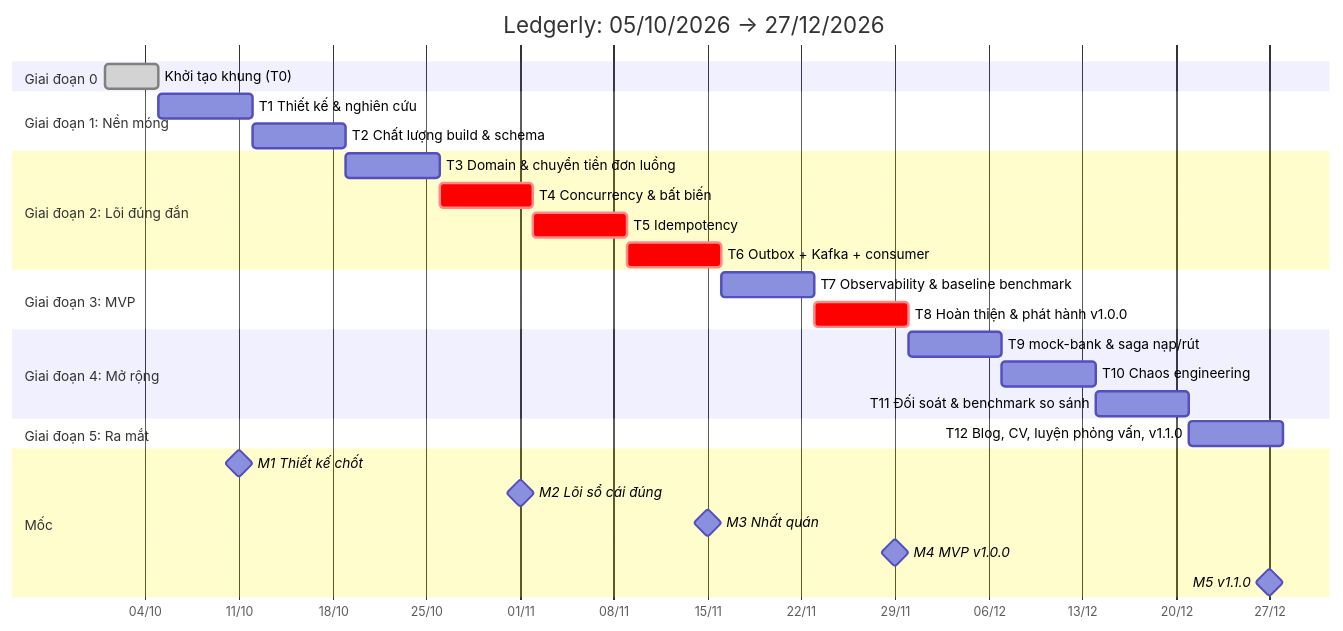
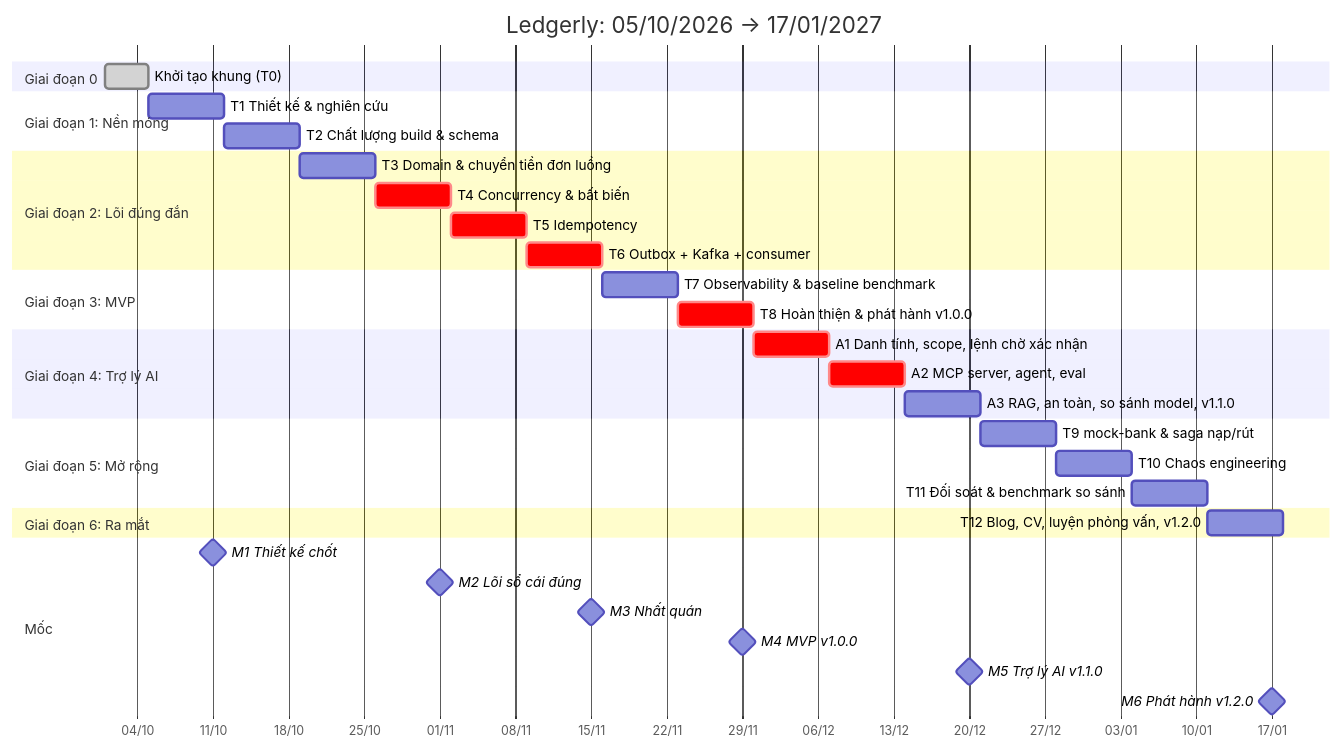
The diagram in docs/03-lo-trinh.md (HoangThanhMan/ledgerly), drawn with Mermaid before and after one commit. The commit also changed other lines of this file and 18 other files, not shown here.

````diff
--- a/docs/03-lo-trinh.md
+++ b/docs/03-lo-trinh.md
@@ -7,38 +9,44 @@
 ```mermaid
 gantt
-    title Ledgerly: 05/10/2026 → 27/12/2026
+    title Ledgerly: 05/10/2026 → 17/01/2027
     dateFormat YYYY-MM-DD
     axisFormat %d/%m
 
     section Giai đoạn 0
     Khởi tạo khung (T0)                    :done,    t0, 2026-10-01, 4d
 
     section Giai đoạn 1: Nền móng
     T1 Thiết kế & nghiên cứu               :         t1, 2026-10-05, 7d
     T2 Chất lượng build & schema           :         t2, after t1, 7d
 
     section Giai đoạn 2: Lõi đúng đắn
     T3 Domain & chuyển tiền đơn luồng      :         t3, after t2, 7d
     T4 Concurrency & bất biến              :crit,    t4, after t3, 7d
     T5 Idempotency                         :crit,    t5, after t4, 7d
     T6 Outbox + Kafka + consumer           :crit,    t6, after t5, 7d
 
     section Giai đoạn 3: MVP
     T7 Observability & baseline benchmark  :         t7, after t6, 7d
     T8 Hoàn thiện & phát hành v1.0.0       :crit,    t8, after t7, 7d
 
-    section Giai đoạn 4: Mở rộng
-    T9 mock-bank & saga nạp/rút            :         t9, after t8, 7d
+    section Giai đoạn 4: Trợ lý AI
+    A1 Danh tính, scope, lệnh chờ xác nhận :crit,    a1, after t8, 7d
+    A2 MCP server, agent, eval             :crit,    a2, after a1, 7d
+    A3 RAG, an toàn, so sánh model, v1.1.0 :         a3, after a2, 7d
+
+    section Giai đoạn 5: Mở rộng
+    T9 mock-bank & saga nạp/rút            :         t9, after a3, 7d
     T10 Chaos engineering                  :         t10, after t9, 7d
     T11 Đối soát & benchmark so sánh       :         t11, after t10, 7d
 
-    section Giai đoạn 5: Ra mắt
-    T12 Blog, CV, luyện phỏng vấn, v1.1.0  :         t12, after t11, 7d
+    section Giai đoạn 6: Ra mắt
+    T12 Blog, CV, luyện phỏng vấn, v1.2.0  :         t12, after t11, 7d
 
     section Mốc
     M1 Thiết kế chốt                       :milestone, m1, 2026-10-11, 0d
     M2 Lõi sổ cái đúng                     :milestone, m2, 2026-11-01, 0d
     M3 Nhất quán                           :milestone, m3, 2026-11-15, 0d
     M4 MVP v1.0.0                          :milestone, m4, 2026-11-29, 0d
-    M5 v1.1.0                              :milestone, m5, 2026-12-27, 0d
+    M5 Trợ lý AI v1.1.0                    :milestone, m5, 2026-12-20, 0d
+    M6 Phát hành v1.2.0                    :milestone, m6, 2027-01-17, 0d
 ```
````
